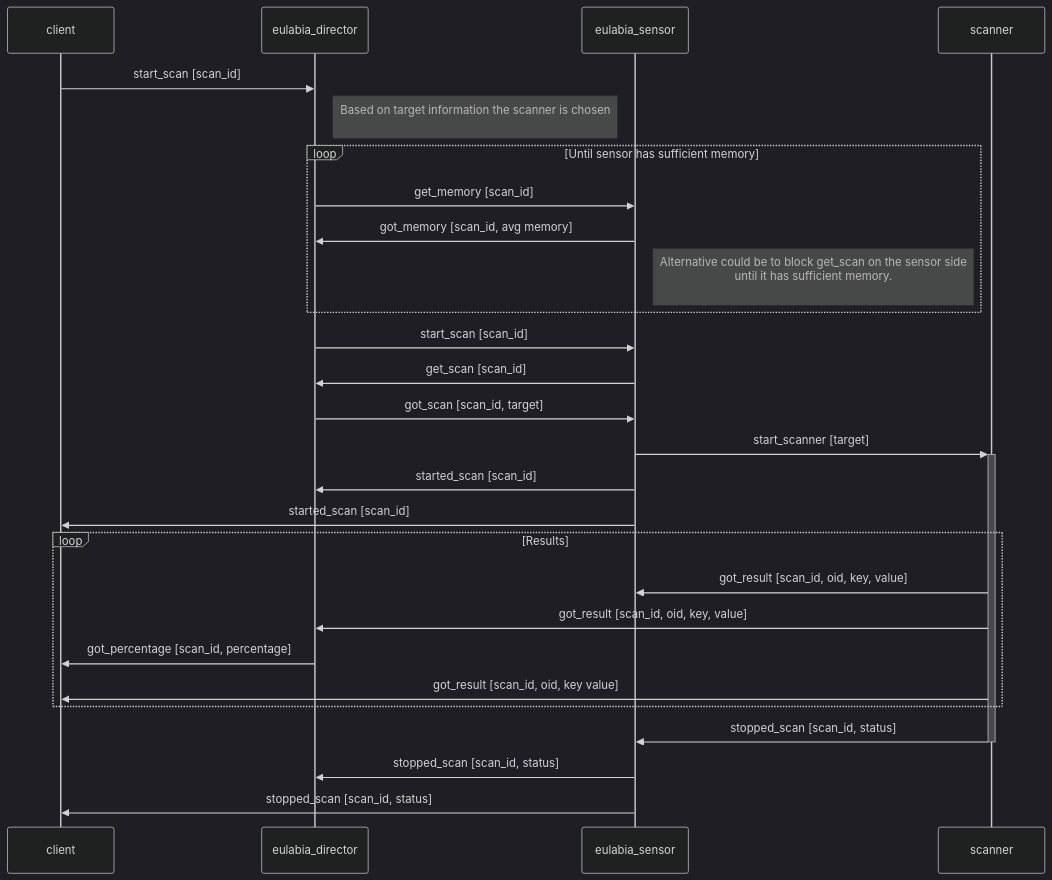
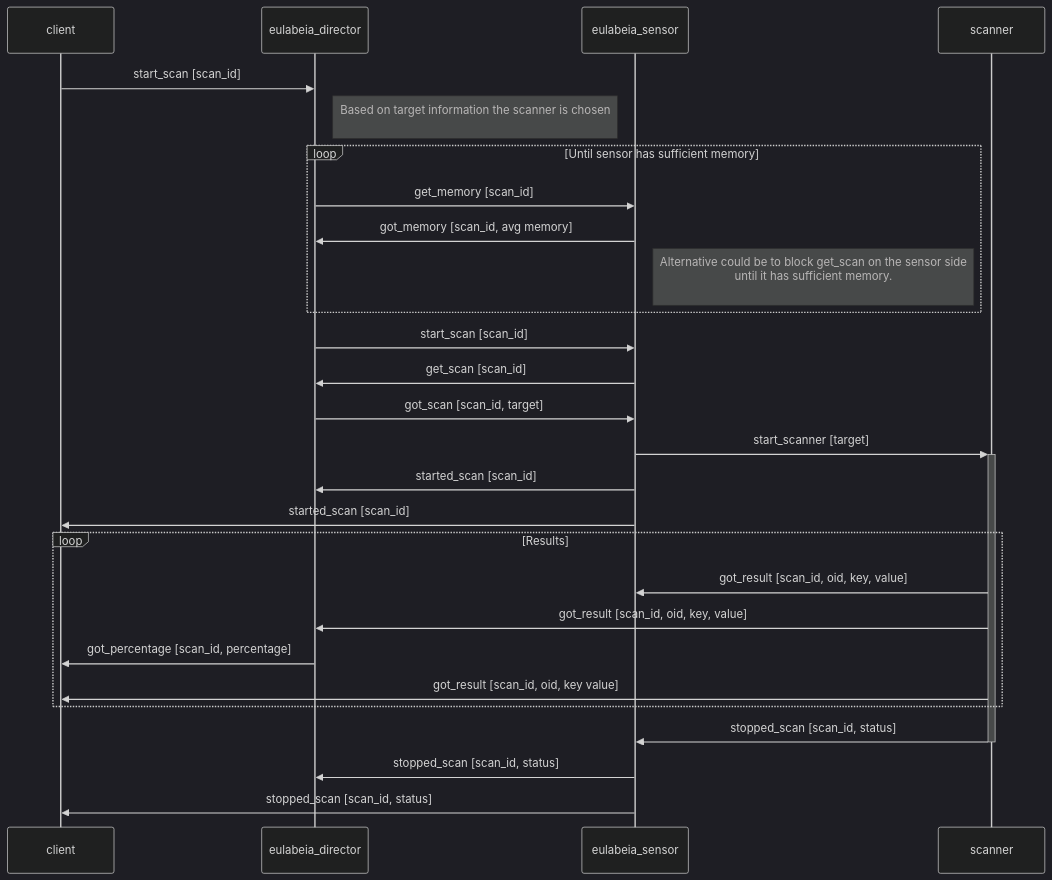
Before and after one commit to greenbone/eulabeia: the diagram in docs/architecture/start_scan_sequence.mmd, drawn with Mermaid (dark theme). The commit also changed 5 other files, not shown here.

Commit message:
eulabia->eulabeia

```diff
--- a/docs/architecture/start_scan_sequence.mmd
+++ b/docs/architecture/start_scan_sequence.mmd
@@ -1,31 +1,31 @@
 sequenceDiagram
     participant client
-    participant eulabia_director
-    participant eulabia_sensor
+    participant eulabeia_director
+    participant eulabeia_sensor
     participant scanner
     
-    client->>eulabia_director: start_scan [scan_id]
-    Note right of eulabia_director: Based on target information the scanner is chosen<br>
+    client->>eulabeia_director: start_scan [scan_id]
+    Note right of eulabeia_director: Based on target information the scanner is chosen<br>
     loop Until sensor has sufficient memory
 
-    eulabia_director->>eulabia_sensor: get_memory  [scan_id]
-    eulabia_sensor->>eulabia_director: got_memory  [scan_id, avg memory]
-    Note right of eulabia_sensor: Alternative could be to block get_scan on the sensor side<br> until it has sufficient memory.<br>
+    eulabeia_director->>eulabeia_sensor: get_memory  [scan_id]
+    eulabeia_sensor->>eulabeia_director: got_memory  [scan_id, avg memory]
+    Note right of eulabeia_sensor: Alternative could be to block get_scan on the sensor side<br> until it has sufficient memory.<br>
     end
-    eulabia_director->>eulabia_sensor: start_scan  [scan_id]
+    eulabeia_director->>eulabeia_sensor: start_scan  [scan_id]
 
-    eulabia_sensor->>eulabia_director: get_scan [scan_id]
-    eulabia_director->>eulabia_sensor: got_scan [scan_id, target]
-    eulabia_sensor->>+scanner: start_scanner [target]
+    eulabeia_sensor->>eulabeia_director: get_scan [scan_id]
+    eulabeia_director->>eulabeia_sensor: got_scan [scan_id, target]
+    eulabeia_sensor->>+scanner: start_scanner [target]
     
-    eulabia_sensor->>eulabia_director: started_scan [scan_id]
-    eulabia_sensor->>client: started_scan [scan_id]
+    eulabeia_sensor->>eulabeia_director: started_scan [scan_id]
+    eulabeia_sensor->>client: started_scan [scan_id]
     loop Results
-        scanner->>eulabia_sensor: got_result [scan_id, oid, key, value]
-        scanner->>eulabia_director: got_result [scan_id, oid, key, value]
-        eulabia_director->>client: got_percentage [scan_id, percentage]
+        scanner->>eulabeia_sensor: got_result [scan_id, oid, key, value]
+        scanner->>eulabeia_director: got_result [scan_id, oid, key, value]
+        eulabeia_director->>client: got_percentage [scan_id, percentage]
         scanner->>client: got_result [scan_id, oid, key value]
     end
-    scanner->>-eulabia_sensor: stopped_scan [scan_id, status]
-    eulabia_sensor->>eulabia_director: stopped_scan [scan_id, status]
-    eulabia_sensor->>client: stopped_scan [scan_id, status]
+    scanner->>-eulabeia_sensor: stopped_scan [scan_id, status]
+    eulabeia_sensor->>eulabeia_director: stopped_scan [scan_id, status]
+    eulabeia_sensor->>client: stopped_scan [scan_id, status]
```
